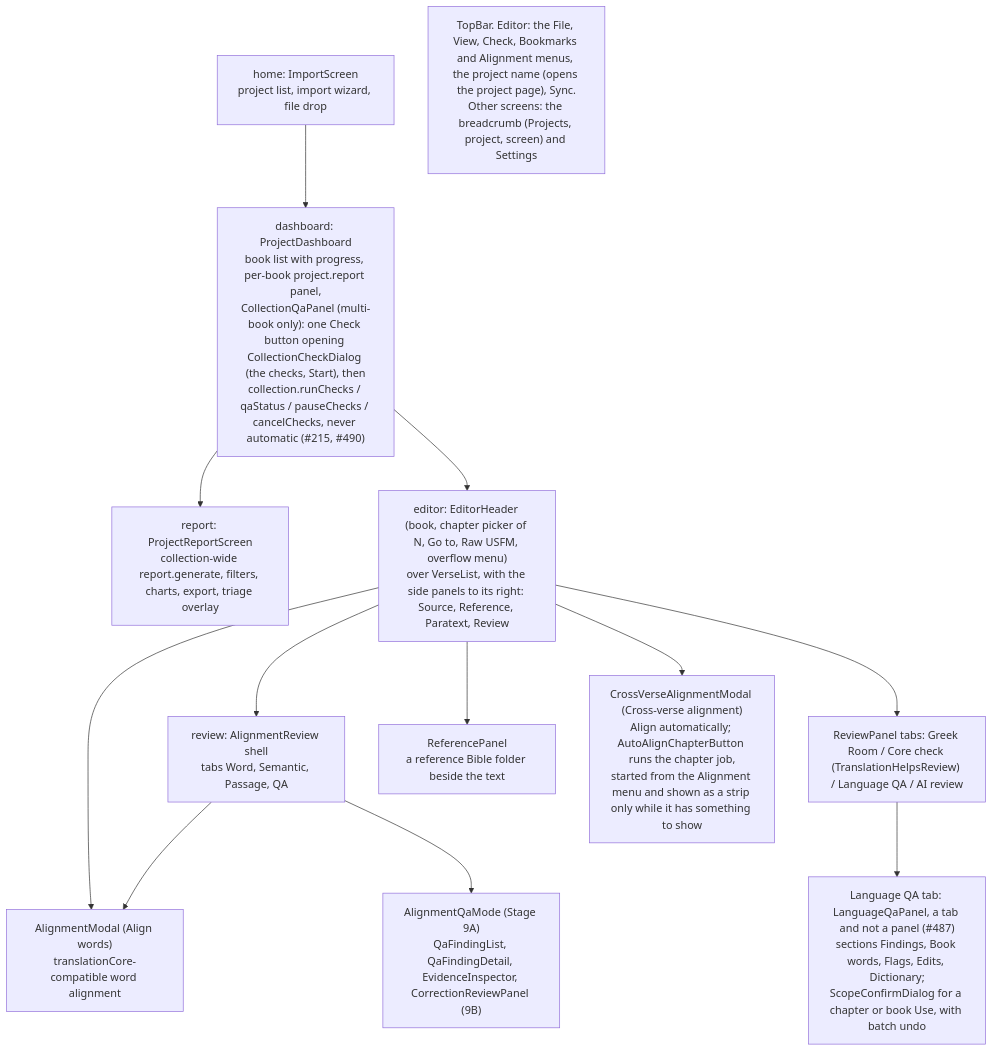
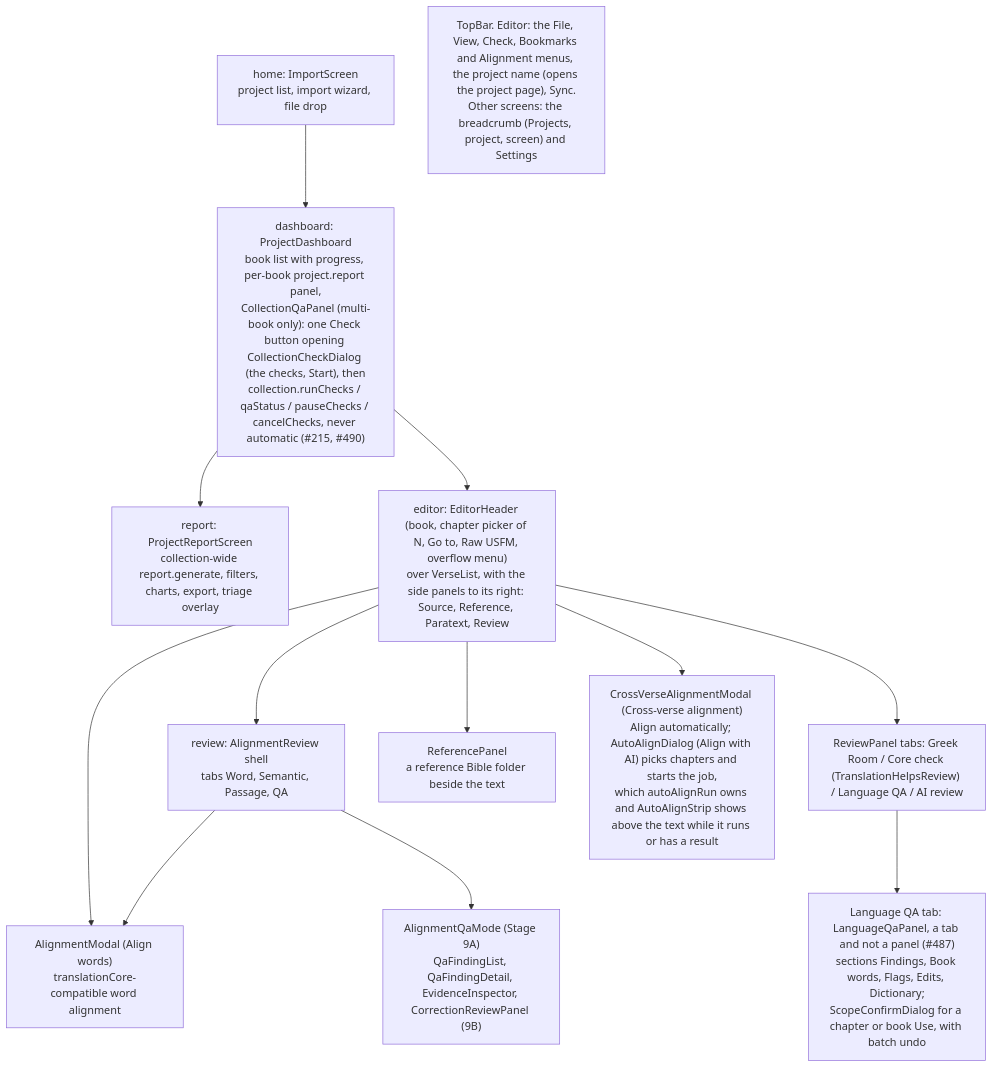
The fourth of 4 diagrams in docs/ARCHITECTURE.md (Bridgeconn/bridge), drawn with Mermaid before and after one commit. The commit also changed 20 other files, not shown here.

First line of the commit message:
feat(alignment): Align with AI takes one, several or all chapters, chosen in a dialog (#517)

````diff
--- a/docs/ARCHITECTURE.md
+++ b/docs/ARCHITECTURE.md
@@ -287,15 +287,15 @@
 ```mermaid
 flowchart TB
   Home["home: ImportScreen<br/>project list, import wizard, file drop"] --> Dash
   Dash["dashboard: ProjectDashboard<br/>book list with progress, per-book project.report panel,<br/>CollectionQaPanel (multi-book only): one Check button opening CollectionCheckDialog (the checks, Start), then<br/>collection.runChecks / qaStatus / pauseChecks / cancelChecks, never automatic (#215, #490)"] --> Report["report: ProjectReportScreen<br/>collection-wide report.generate, filters, charts, export, triage overlay"]
   Dash --> Editor["editor: EditorHeader (book, chapter picker of N, Go to, Raw USFM, overflow menu)<br/>over VerseList, with the side panels to its right: Source, Reference, Paratext, Review"]
   Editor --> AR["review: AlignmentReview shell<br/>tabs Word, Semantic, Passage, QA"]
   Editor --> AM["AlignmentModal (Align words)<br/>translationCore-compatible word alignment"]
   AR --> AM
   Editor --> RPt["ReviewPanel tabs: Greek Room / Core check (TranslationHelpsReview) / Language QA / AI review"]
   RPt --> LQP["Language QA tab: LanguageQaPanel, a tab and not a panel (#487)<br/>sections Findings, Book words, Flags, Edits, Dictionary;<br/>ScopeConfirmDialog for a chapter or book Use, with batch undo"]
   Editor --> RefP["ReferencePanel<br/>a reference Bible folder beside the text"]
-  Editor --> CVM["CrossVerseAlignmentModal (Cross-verse alignment)<br/>Align automatically; AutoAlignChapterButton runs the chapter job,<br/>started from the Alignment menu and shown as a strip only while it has something to show"]
+  Editor --> CVM["CrossVerseAlignmentModal (Cross-verse alignment)<br/>Align automatically; AutoAlignDialog (Align with AI) picks chapters and starts the job,<br/>which autoAlignRun owns and AutoAlignStrip shows above the text while it runs or has a result"]
   AR --> QA["AlignmentQaMode (Stage 9A)<br/>QaFindingList, QaFindingDetail, EvidenceInspector, CorrectionReviewPanel (9B)"]
   Top["TopBar. Editor: the File, View, Check, Bookmarks and Alignment menus, the project name (opens the project page), Sync.<br/>Other screens: the breadcrumb (Projects, project, screen) and Settings"]
 ```
````
